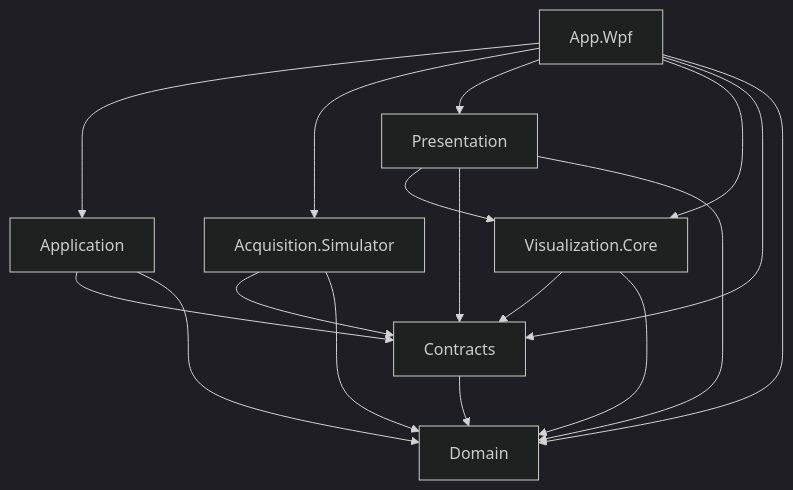
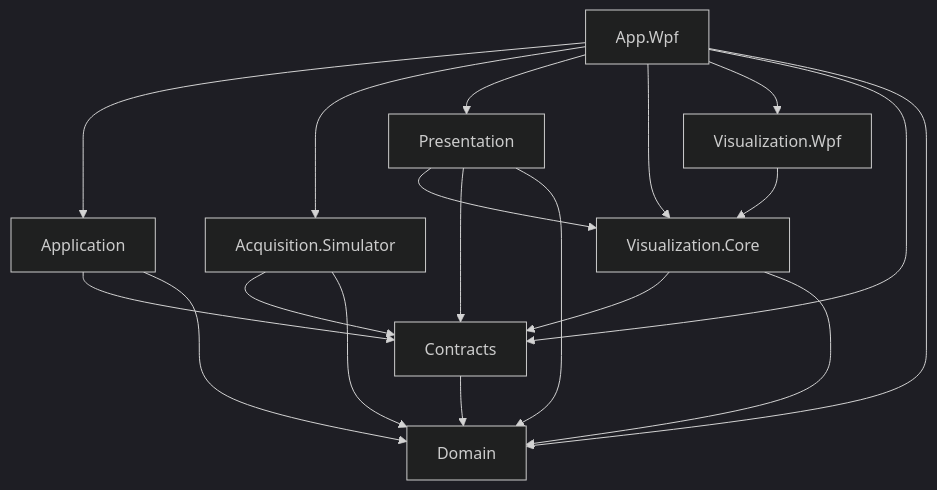
Before and after one commit to ricardo-git-0000/UT-Studio: the diagram in docs/architecture/overview.md, drawn with Mermaid (dark theme). The commit also changed other lines of this file and 3 other files, not shown here.

Commit message:
docs(architecture): define reusable scan controls

````diff
--- a/docs/architecture/overview.md
+++ b/docs/architecture/overview.md
@@ -24,19 +25,21 @@
 ```mermaid
 flowchart TD
     W[App.Wpf] --> A[Application]
     W --> S[Acquisition.Simulator]
     W --> P[Presentation]
     W --> V[Visualization.Core]
+    W --> VW[Visualization.Wpf]
     W --> C[Contracts]
     W --> D[Domain]
     A --> C
     A --> D
     S --> C
     S --> D
     P --> V
     P --> C
     P --> D
     V --> C
     V --> D
+    VW --> V
     C --> D
 ```
````
